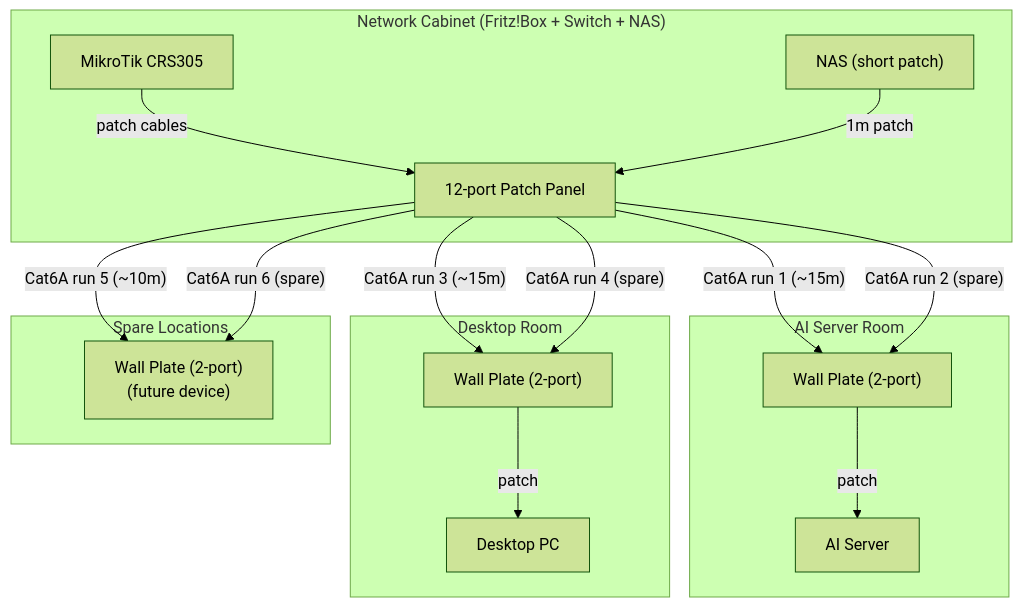
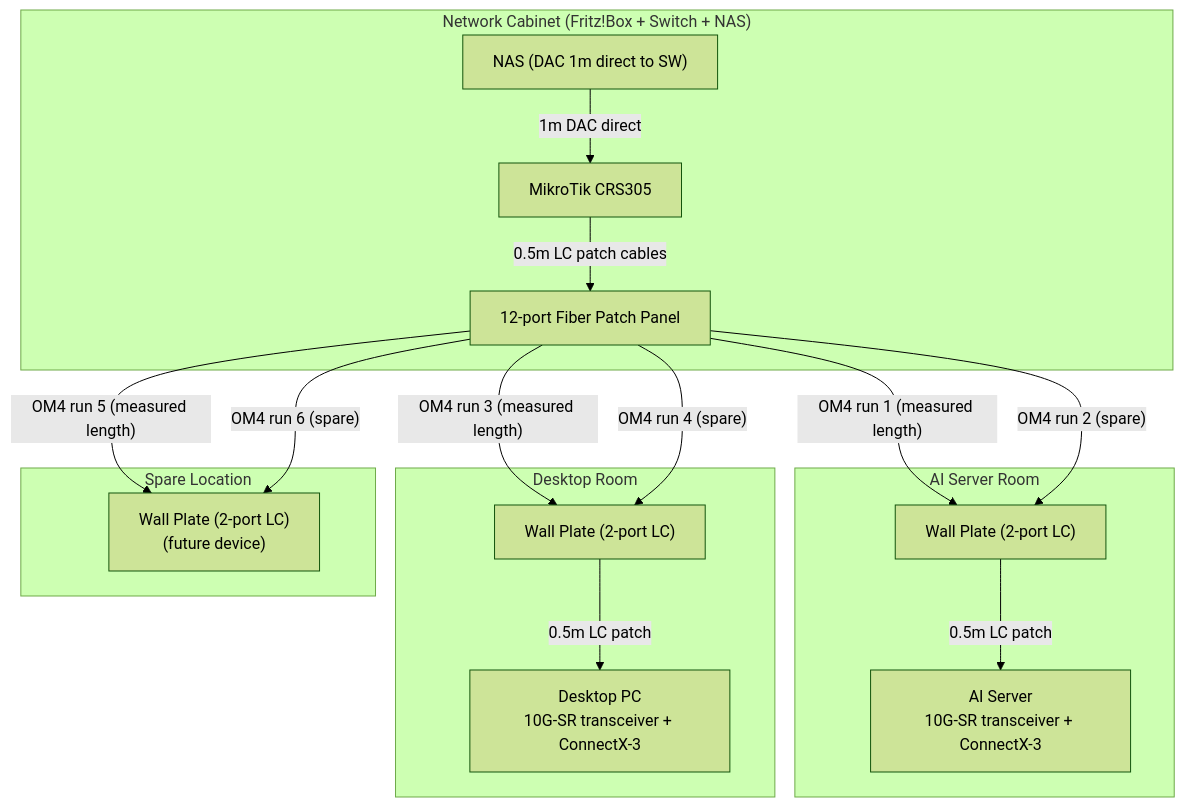
The third of 3 diagrams in notes/charts/network-topology.md (MMastro-Dev/wiki), drawn with Mermaid (forest theme) before and after one commit. The commit also changed other lines of this file and 5 other files, not shown here.

````diff
--- a/notes/charts/network-topology.md
+++ b/notes/charts/network-topology.md
@@ -72,33 +76,33 @@
 ```mermaid
 flowchart TD
     subgraph "Network Cabinet (Fritz!Box + Switch + NAS)"
-        PP["12-port Patch Panel"]
+        PP["12-port Fiber Patch Panel"]
         SW["MikroTik CRS305"]
-        NAS["NAS (short patch)"]
+        NAS["NAS (DAC 1m direct to SW)"]
     end
 
     subgraph "AI Server Room"
-        WP1["Wall Plate (2-port)"]
-        AI["AI Server"]
+        WP1["Wall Plate (2-port LC)"]
+        AI["AI Server\n10G-SR transceiver + ConnectX-3"]
     end
 
     subgraph "Desktop Room"
-        WP2["Wall Plate (2-port)"]
-        PC["Desktop PC"]
+        WP2["Wall Plate (2-port LC)"]
+        PC["Desktop PC\n10G-SR transceiver + ConnectX-3"]
     end
 
-    subgraph "Spare Locations"
-        WP3["Wall Plate (2-port)\n(future device)"]
+    subgraph "Spare Location"
+        WP3["Wall Plate (2-port LC)\n(future device)"]
     end
 
-    PP -->|"Cat6A run 1 (~15m)"| WP1
-    PP -->|"Cat6A run 2 (spare)"| WP1
-    PP -->|"Cat6A run 3 (~15m)"| WP2
-    PP -->|"Cat6A run 4 (spare)"| WP2
-    PP -->|"Cat6A run 5 (~10m)"| WP3
-    PP -->|"Cat6A run 6 (spare)"| WP3
-    SW -->|"patch cables"| PP
-    NAS -->|"1m patch"| PP
-    WP1 -->|"patch"| AI
-    WP2 -->|"patch"| PC
+    PP -->|"OM4 run 1 (measured length)"| WP1
+    PP -->|"OM4 run 2 (spare)"| WP1
+    PP -->|"OM4 run 3 (measured length)"| WP2
+    PP -->|"OM4 run 4 (spare)"| WP2
+    PP -->|"OM4 run 5 (measured length)"| WP3
+    PP -->|"OM4 run 6 (spare)"| WP3
+    SW -->|"0.5m LC patch cables"| PP
+    NAS -->|"1m DAC direct"| SW
+    WP1 -->|"0.5m LC patch"| AI
+    WP2 -->|"0.5m LC patch"| PC
 ```
````
